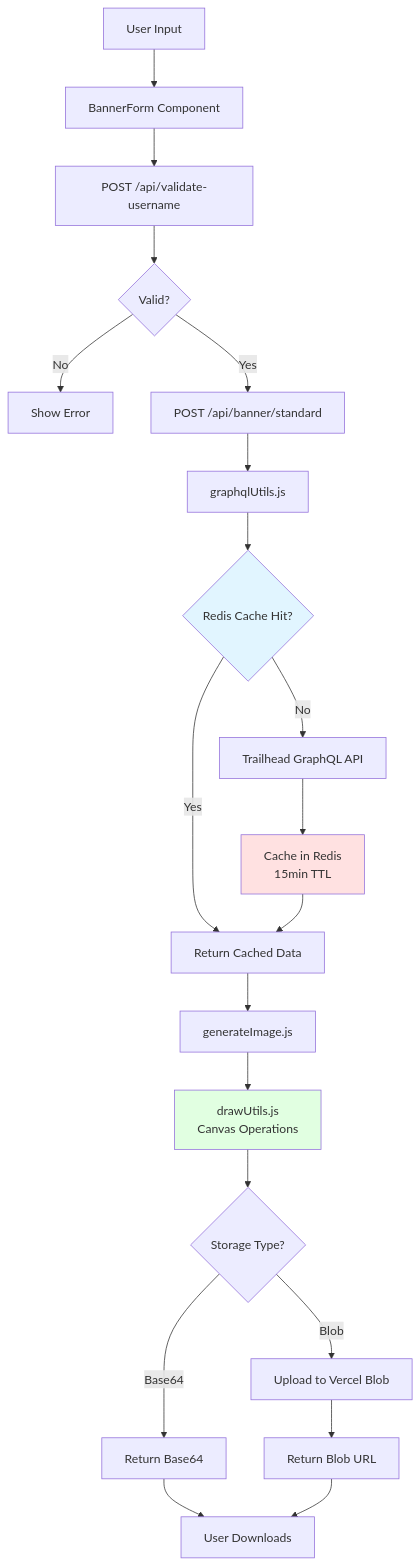
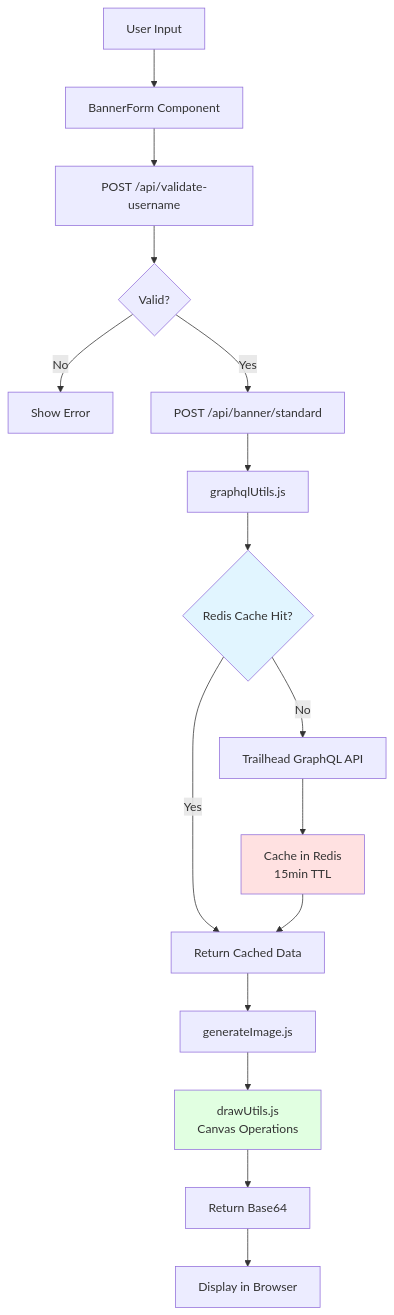
The diagram in CLAUDE.md (nabondance/Trailhead-Banner), drawn with Mermaid before and after one commit. The commit also changed other lines of this file, not shown here.

Commit message:
docs(core): fix inaccurate Vercel Blob references in CLAUDE.md
Images are always returned as base64 and displayed in the browser,
never uploaded to Vercel Blob. Remove all references to Blob storage
in the data flow diagram, key points, image generation steps, and
external dependencies sections.

https://claude.ai/code/session_01UodSjiiEYP7Qh2THpgWF4s

````diff
--- a/CLAUDE.md
+++ b/CLAUDE.md
@@ -42,26 +41,22 @@
 ```mermaid
 graph TB
     A[User Input] --> B[BannerForm Component]
     B --> C[POST /api/validate-username]
     C --> D{Valid?}
     D -->|No| E[Show Error]
     D -->|Yes| F[POST /api/banner/standard]
     F --> G[graphqlUtils.js]
     G --> H{Redis Cache Hit?}
     H -->|Yes| I[Return Cached Data]
     H -->|No| J[Trailhead GraphQL API]
     J --> K[Cache in Redis<br/>15min TTL]
     K --> I
     I --> L[generateImage.js]
     L --> M[drawUtils.js<br/>Canvas Operations]
-    M --> N{Storage Type?}
-    N -->|Base64| O[Return Base64]
-    N -->|Blob| P[Upload to Vercel Blob]
-    P --> Q[Return Blob URL]
-    O --> R[User Downloads]
-    Q --> R
+    M --> N[Return Base64]
+    N --> O[Display in Browser]
 
     style H fill:#e1f5ff
     style K fill:#ffe1e1
     style M fill:#e1ffe1
 ```
````
